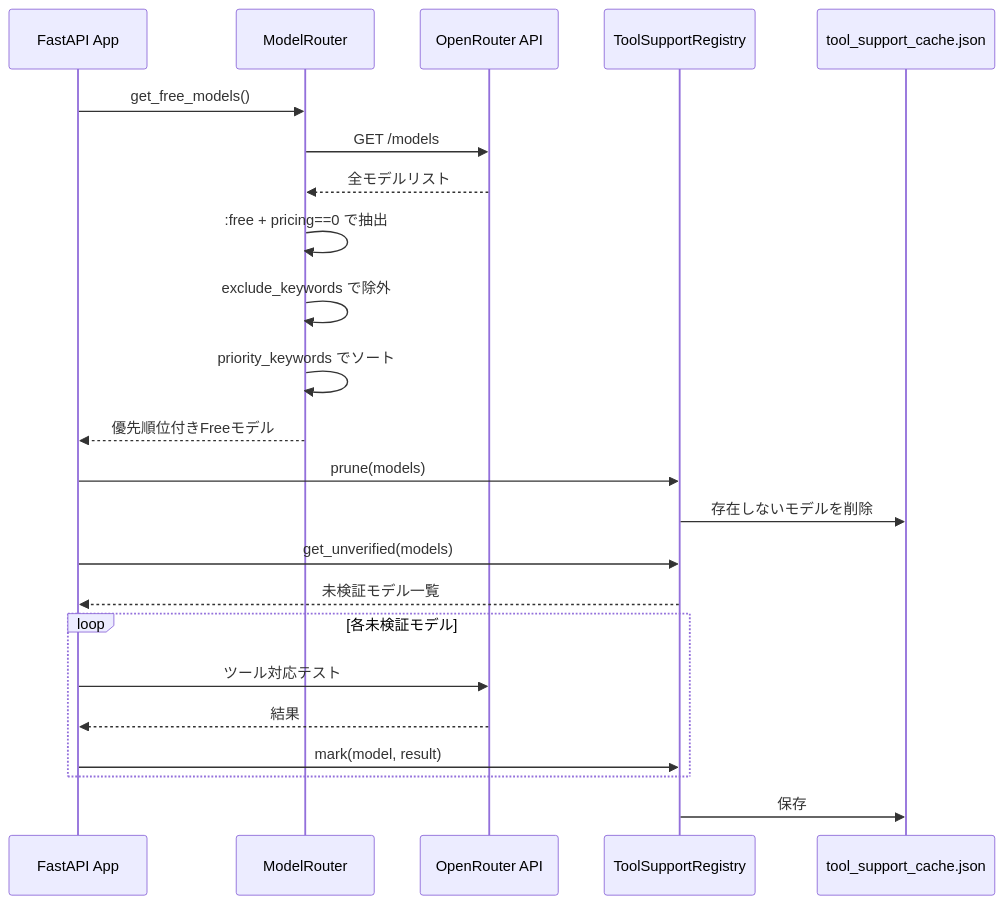
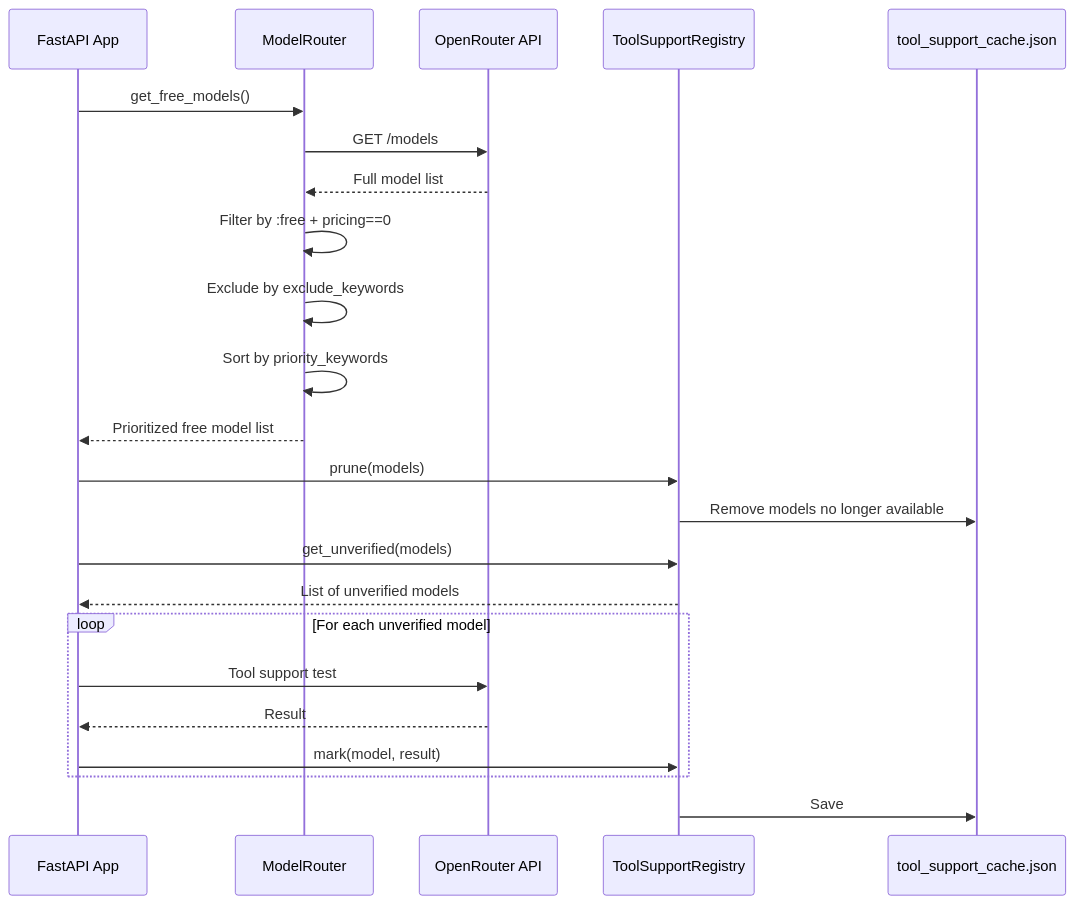
The first of 4 diagrams in docs/how-it-works.md (tokkkie/free-model-router), drawn with Mermaid before and after one commit. The commit also changed other lines of this file and 3 other files, not shown here.

````diff
--- a/docs/how-it-works.md
+++ b/docs/how-it-works.md
@@ -11,29 +11,29 @@
 ```mermaid
 sequenceDiagram
     participant App as FastAPI App
     participant MR as ModelRouter
     participant OR as OpenRouter API
     participant TSR as ToolSupportRegistry
     participant Cache as tool_support_cache.json
 
     App->>MR: get_free_models()
     MR->>OR: GET /models
-    OR-->>MR: 全モデルリスト
-    MR->>MR: :free + pricing==0 で抽出
-    MR->>MR: exclude_keywords で除外
-    MR->>MR: priority_keywords でソート
-    MR-->>App: 優先順位付きFreeモデル
+    OR-->>MR: Full model list
+    MR->>MR: Filter by :free + pricing==0
+    MR->>MR: Exclude by exclude_keywords
+    MR->>MR: Sort by priority_keywords
+    MR-->>App: Prioritized free model list
 
     App->>TSR: prune(models)
-    TSR->>Cache: 存在しないモデルを削除
+    TSR->>Cache: Remove models no longer available
 
     App->>TSR: get_unverified(models)
-    TSR-->>App: 未検証モデル一覧
+    TSR-->>App: List of unverified models
 
-    loop 各未検証モデル
-        App->>OR: ツール対応テスト
-        OR-->>App: 結果
+    loop For each unverified model
+        App->>OR: Tool support test
+        OR-->>App: Result
         App->>TSR: mark(model, result)
     end
-    TSR->>Cache: 保存
+    TSR->>Cache: Save
 ```
````
